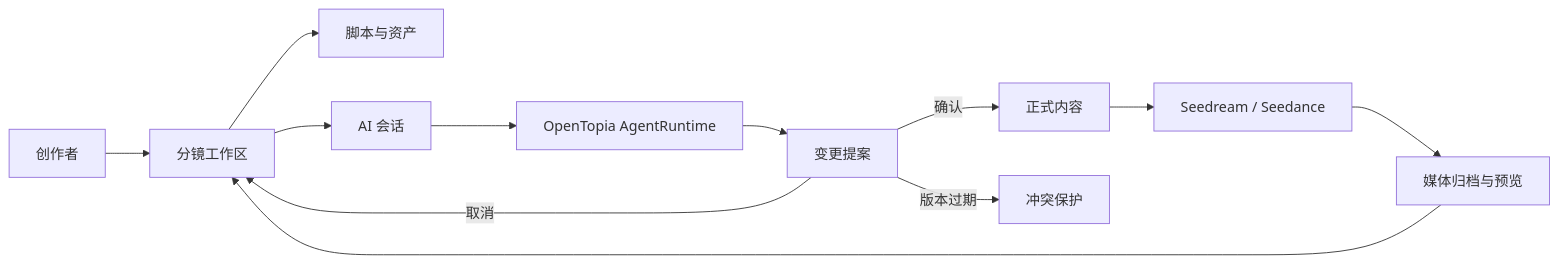
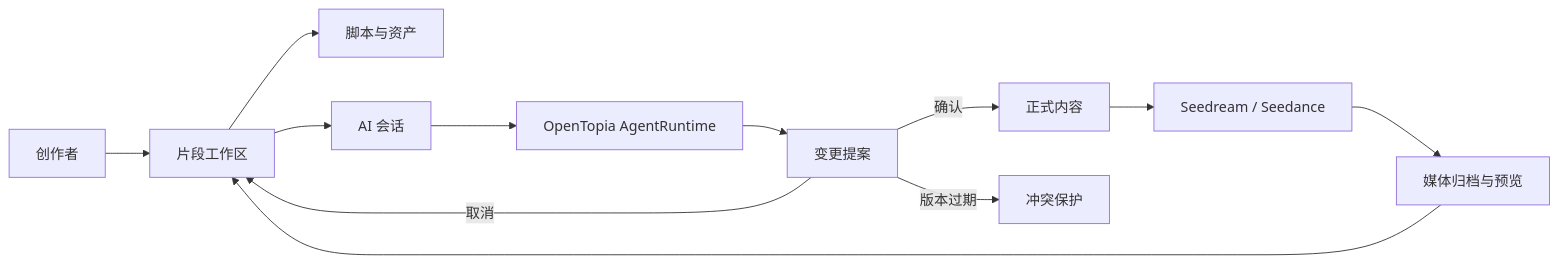
Before and after one commit to StagoMax/PlayletFlow: the first of 2 diagrams in README.md, drawn with Mermaid. The commit also changed other lines of this file and 8 other files, not shown here.

````diff
--- a/README.md
+++ b/README.md
@@ -56,14 +56,14 @@
 ```mermaid
 flowchart LR
-    U[创作者] --> W[分镜工作区]
+    U[创作者] --> W[片段工作区]
     W --> S[脚本与资产]
     W --> C[AI 会话]
     C --> A[OpenTopia AgentRuntime]
     A --> P[变更提案]
     P -->|确认| D[正式内容]
     P -->|取消| W
     P -->|版本过期| X[冲突保护]
     D --> G[Seedream / Seedance]
     G --> M[媒体归档与预览]
     M --> W
 ```
````
